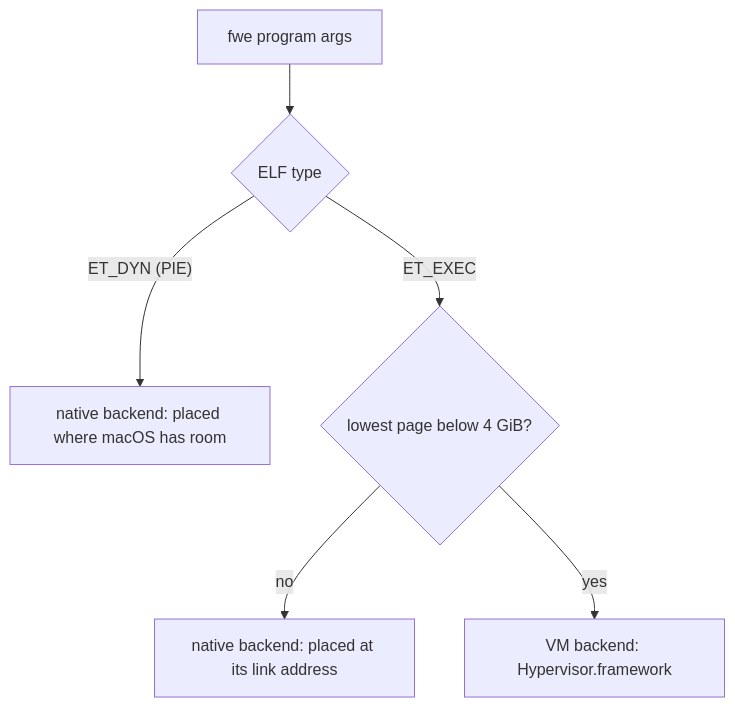
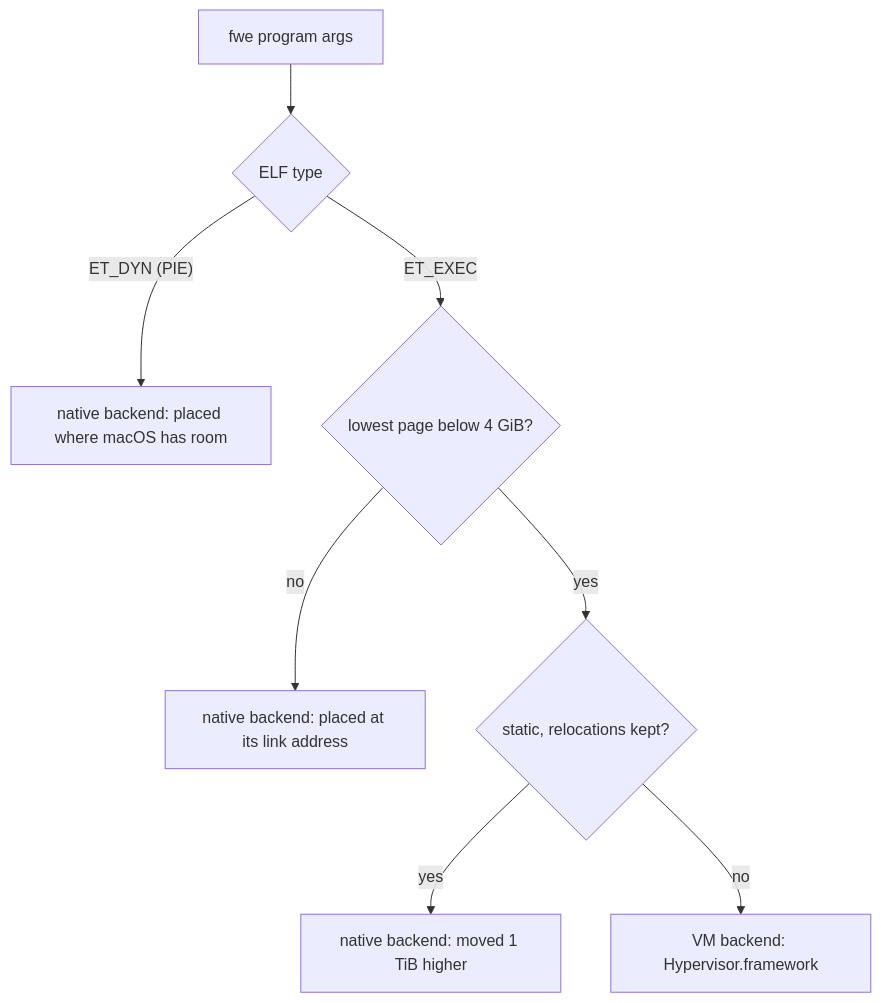
The second of 11 diagrams in docs/linux-on-macos.md (e6qu/fun-with-emulators), drawn with Mermaid before and after one commit. The commit also changed other lines of this file and 14 other files, not shown here.

Commit message:
M6: low-linked executables with kept relocations moved; linking docs

````diff
--- a/docs/linux-on-macos.md
+++ b/docs/linux-on-macos.md
@@ -114,8 +127,10 @@
 ```mermaid
 flowchart TD
     start["fwe program args"] --> elf{"ELF type"}
     elf -- "ET_DYN (PIE)" --> native["native backend: placed where macOS has room"]
     elf -- "ET_EXEC" --> where{"lowest page below 4 GiB?"}
     where -- no --> native2["native backend: placed at its link address"]
-    where -- yes --> vm["VM backend: Hypervisor.framework"]
+    where -- yes --> moves{"static, relocations kept?"}
+    moves -- yes --> native3["native backend: moved 1 TiB higher"]
+    moves -- no --> vm["VM backend: Hypervisor.framework"]
 ```
````
